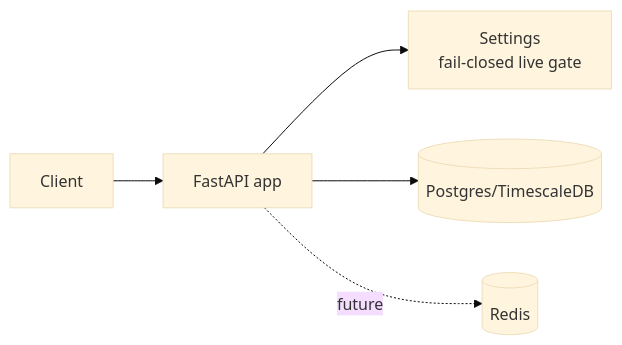
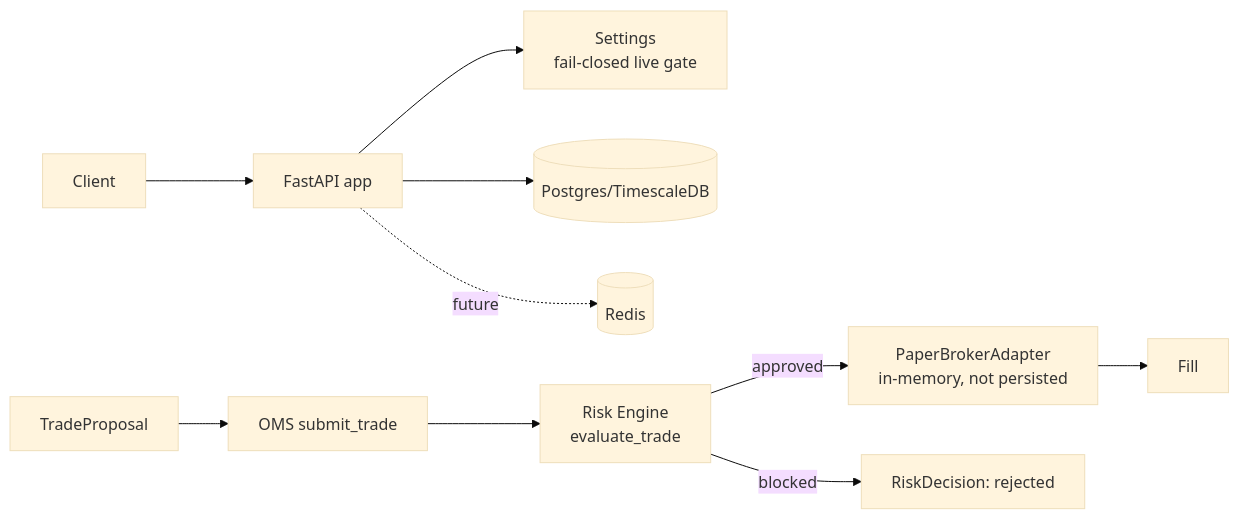
The first of 2 diagrams in docs/ARCHITECTURE.md (Freedomwelathlab/Trading-Agents), drawn with Mermaid (base theme) before and after one commit. The commit also changed other lines of this file and 17 other files, not shown here.

````diff
--- a/docs/ARCHITECTURE.md
+++ b/docs/ARCHITECTURE.md
@@ -5,7 +5,13 @@
 ```mermaid
 flowchart LR
     client[Client] --> api[FastAPI app]
     api --> settings[Settings\nfail-closed live gate]
     api --> db[(Postgres/TimescaleDB)]
     api -.future.-> redis[(Redis)]
+
+    proposal[TradeProposal] --> oms[OMS submit_trade]
+    oms --> risk[Risk Engine\nevaluate_trade]
+    risk -->|approved| broker[PaperBrokerAdapter\nin-memory, not persisted]
+    risk -->|blocked| rejected[RiskDecision: rejected]
+    broker --> fill[Fill]
 ```
````
